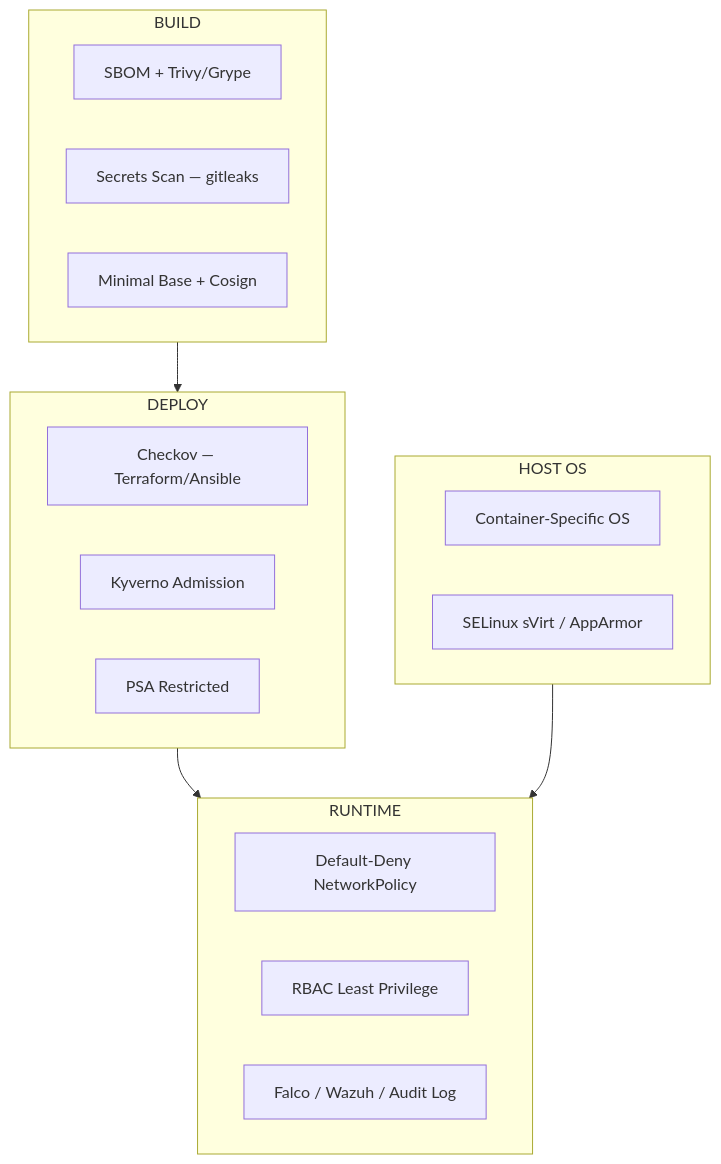
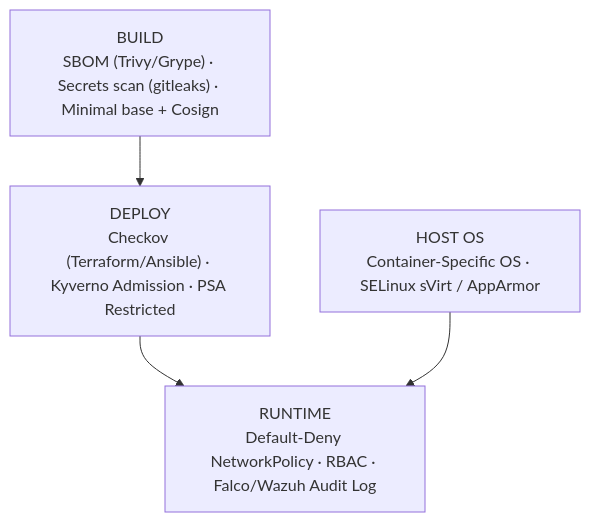
Before and after one commit to yusufarbc/Siber-Guvenlik-Rehberi: the diagram in src/content/docs/11-bulut-guvenligi/02-konteyner-ve-iac-guvenligi.md, drawn with Mermaid. The commit also changed 13 other files, not shown here.

First line of the commit message:
Mermaid diyagramlarındaki yapısal sorunları düzelt, kalabalık olanları sadeleştir

````diff
--- a/src/content/docs/11-bulut-guvenligi/02-konteyner-ve-iac-guvenligi.md
+++ b/src/content/docs/11-bulut-guvenligi/02-konteyner-ve-iac-guvenligi.md
@@ -54,24 +54,9 @@
 ```mermaid
 flowchart TB
-    subgraph Build["BUILD"]
-        SBOM[SBOM + Trivy/Grype]
-        SEC[Secrets Scan — gitleaks]
-        IMG[Minimal Base + Cosign]
-    end
-    subgraph Deploy["DEPLOY"]
-        IAC[Checkov — Terraform/Ansible]
-        ADM[Kyverno Admission]
-        PSA[PSA Restricted]
-    end
-    subgraph Runtime["RUNTIME"]
-        NP[Default-Deny NetworkPolicy]
-        RBAC[RBAC Least Privilege]
-        RT[Falco / Wazuh / Audit Log]
-    end
-    subgraph Host["HOST OS"]
-        COS[Container-Specific OS]
-        MAC[SELinux sVirt / AppArmor]
-    end
+    Build["BUILD<br/>SBOM (Trivy/Grype) · Secrets scan (gitleaks) · Minimal base + Cosign"]
+    Deploy["DEPLOY<br/>Checkov (Terraform/Ansible) · Kyverno Admission · PSA Restricted"]
+    Runtime["RUNTIME<br/>Default-Deny NetworkPolicy · RBAC · Falco/Wazuh Audit Log"]
+    Host["HOST OS<br/>Container-Specific OS · SELinux sVirt / AppArmor"]
     Build --> Deploy --> Runtime
     Host --> Runtime
 ```
````
